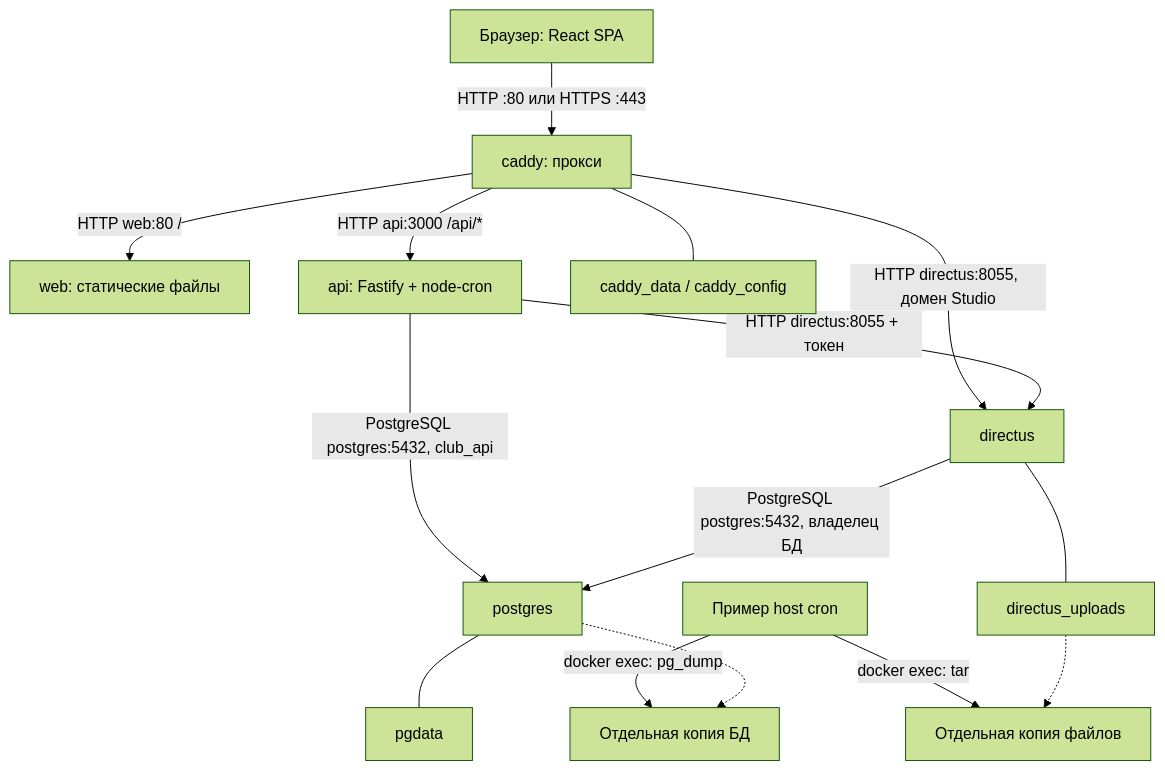
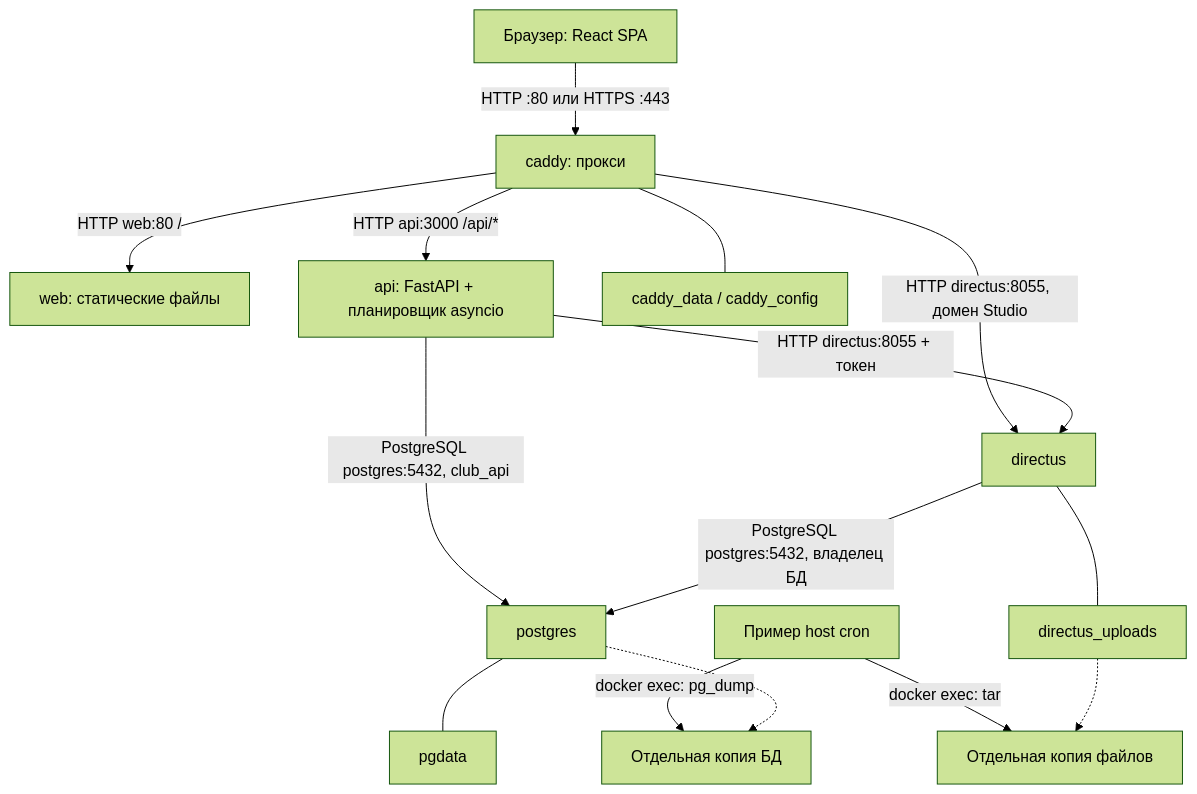
The first of 2 diagrams in docs/development/architecture.md (Bogolubov-creator/hse-law-alumni-club), drawn with Mermaid (forest theme) before and after one commit. The commit also changed other lines of this file and 302 other files, not shown here.

Commit message:
Migrate API and operator tools to Python FastAPI

````diff
--- a/docs/development/architecture.md
+++ b/docs/development/architecture.md
@@ -33,17 +33,17 @@
 ```mermaid
 flowchart TB
   Browser["Браузер: React SPA"] -->|"HTTP :80 или HTTPS :443"| Caddy["caddy: прокси"]
   Caddy -->|"HTTP web:80 /"| Web["web: статические файлы"]
-  Caddy -->|"HTTP api:3000 /api/*"| API["api: Fastify + node-cron"]
+  Caddy -->|"HTTP api:3000 /api/*"| API["api: FastAPI + планировщик asyncio"]
   Caddy -->|"HTTP directus:8055, домен Studio"| Directus["directus"]
   API -->|"HTTP directus:8055 + токен"| Directus
   API -->|"PostgreSQL postgres:5432, club_api"| PG["postgres"]
   Directus -->|"PostgreSQL postgres:5432, владелец БД"| PG
   PG --- Data["pgdata"]
   Directus --- Uploads["directus_uploads"]
   Caddy --- Certs["caddy_data / caddy_config"]
   Cron["Пример host cron"] -->|"docker exec: pg_dump"| DBcopy["Отдельная копия БД"]
   Cron -->|"docker exec: tar"| FileCopy["Отдельная копия файлов"]
   PG -.-> DBcopy
   Uploads -.-> FileCopy
 ```
````
